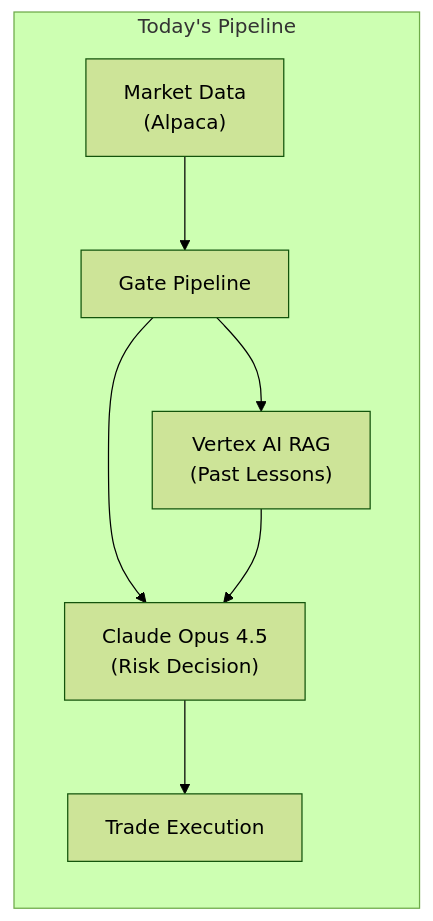
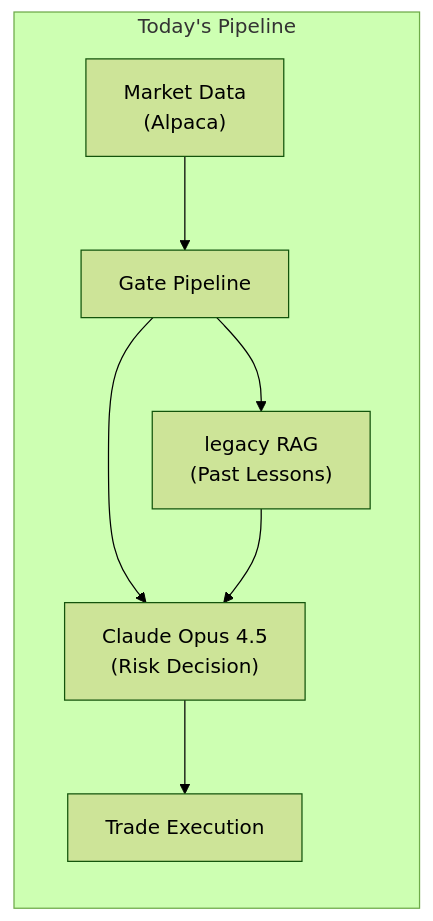
One commit to webclinic017/trading-spy-iron-condor changed the diagram in docs/_reports/2026-01-19-daily-report.md. Above: the diagram before and after it, drawn with Mermaid (forest theme). The commit also changed other lines of this file and 69 other files, not shown here.

```diff
--- a/docs/_reports/2026-01-19-daily-report.md
+++ b/docs/_reports/2026-01-19-daily-report.md
@@ -135,10 +135,10 @@
 <div class="mermaid">
 flowchart LR
     subgraph Today["Today's Pipeline"]
         DATA["Market Data<br/>(Alpaca)"] --> GATES["Gate Pipeline"]
         GATES --> CLAUDE["Claude Opus 4.5<br/>(Risk Decision)"]
-        GATES --> RAG["Vertex AI RAG<br/>(Past Lessons)"]
+        GATES --> RAG["legacy RAG<br/>(Past Lessons)"]
         CLAUDE --> EXEC["Trade Execution"]
         RAG --> CLAUDE
     end
 </div>
```
